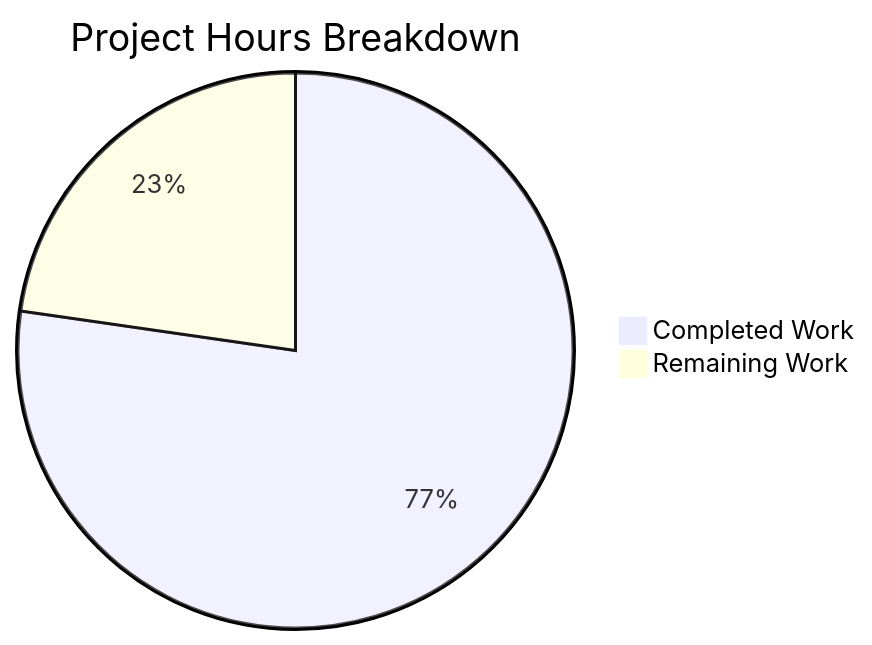
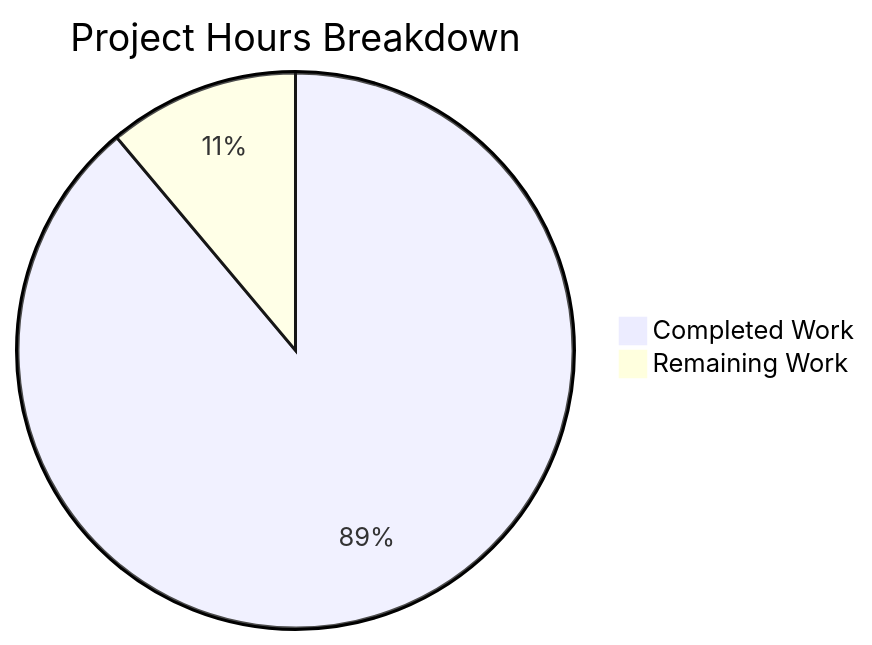
One commit to sudhanshu-spec/test-spec changed the diagram in blitzy/documentation/Project Guide.md. Above: the diagram before and after it, drawn with Mermaid. The commit also changed other lines of this file, not shown here.

Commit message:
Adding Blitzy Project Guide: Project Status and Human Tasks Remaining

````diff
--- a/blitzy/documentation/Project Guide.md
+++ b/blitzy/documentation/Project Guide.md
@@ -54,5 +107,5 @@
 ```mermaid
 pie title Project Hours Breakdown
-    "Completed Work" : 34
-    "Remaining Work" : 10
+    "Completed Work" : 40
+    "Remaining Work" : 5
 ```
````
